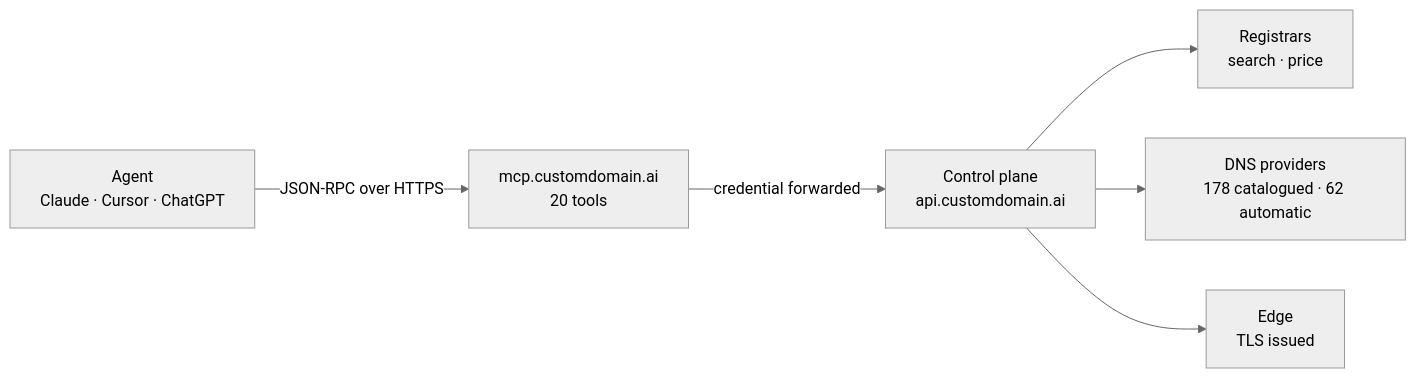
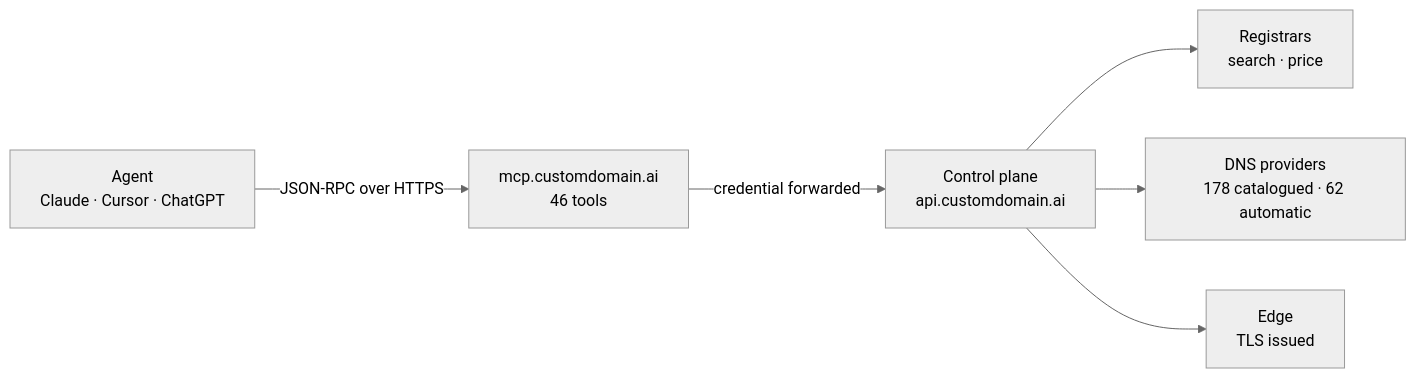
The first of 2 diagrams in README.md (CUSTOM-DOMAIN-APP/customdomain-mcp), drawn with Mermaid (neutral theme) before and after one commit. The commit also changed other lines of this file and 5 other files, not shown here.

````diff
--- a/README.md
+++ b/README.md
@@ -39,8 +40,8 @@
 ```mermaid
 flowchart LR
-  A["Agent<br/>Claude · Cursor · ChatGPT"] -->|"JSON-RPC over HTTPS"| M["mcp.customdomain.ai<br/>20 tools"]
+  A["Agent<br/>Claude · Cursor · ChatGPT"] -->|"JSON-RPC over HTTPS"| M["mcp.customdomain.ai<br/>46 tools"]
   M -->|"credential forwarded"| C["Control plane<br/>api.customdomain.ai"]
   C --> R["Registrars<br/>search · price"]
   C --> D["DNS providers<br/>178 catalogued · 62 automatic"]
   C --> E["Edge<br/>TLS issued"]
 ```
````
